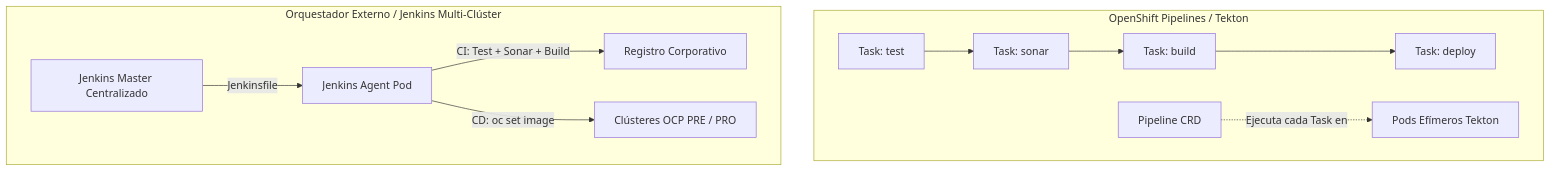
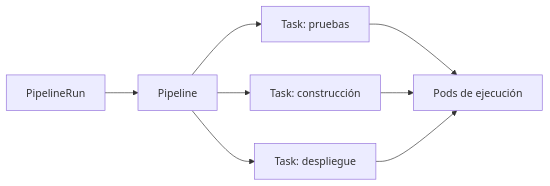
Before and after one commit to ieftraining/curso-openshift: the third of 4 diagrams in docs/sesion4/4.7 Opciones de automatizacion.md, drawn with Mermaid. The commit also changed other lines of this file, not shown here.

````diff
--- a/docs/sesion4/4.7 Opciones de automatizacion.md
+++ b/docs/sesion4/4.7 Opciones de automatizacion.md
@@ -109,15 +182,10 @@
 ```mermaid
-flowchart TD
-    subgraph OpenShift Pipelines / Tekton
-        T_Task1[Task: test] --> T_Task2[Task: sonar]
-        T_Task2 --> T_Task3[Task: build]
-        T_Task3 --> T_Task4[Task: deploy]
-        T_Pipeline[Pipeline CRD] -.->|Ejecuta cada Task en| PodEfim[Pods Efímeros Tekton]
-    end
-
-    subgraph Orquestador Externo / Jenkins Multi-Clúster
-        J_Master[Jenkins Master Centralizado] -->|Jenkinsfile| J_Agent[Jenkins Agent Pod]
-        J_Agent -->|CI: Test + Sonar + Build| Nexus[Registro Corporativo]
-        J_Agent -->|CD: oc set image| OCP_PRE_PRO[Clústeres OCP PRE / PRO]
-    end
+flowchart LR
+    A[PipelineRun] --> B[Pipeline]
+    B --> C[Task: pruebas]
+    B --> D[Task: construcción]
+    B --> E[Task: despliegue]
+    C --> F[Pods de ejecución]
+    D --> F
+    E --> F
 ```
````
